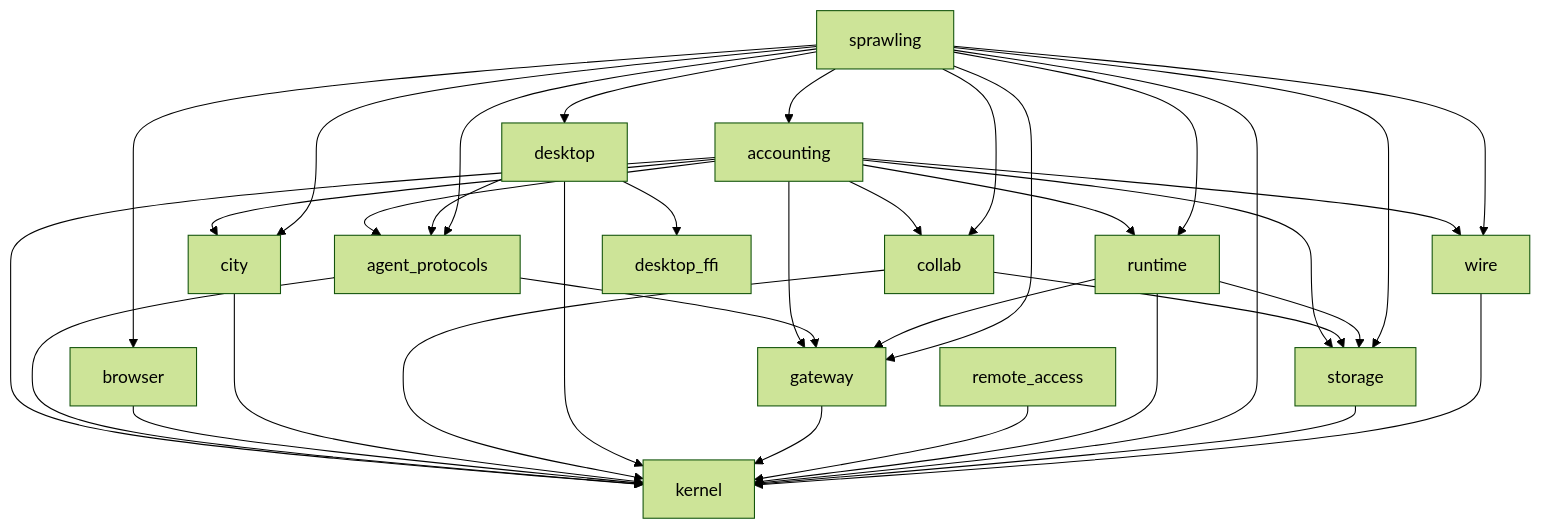
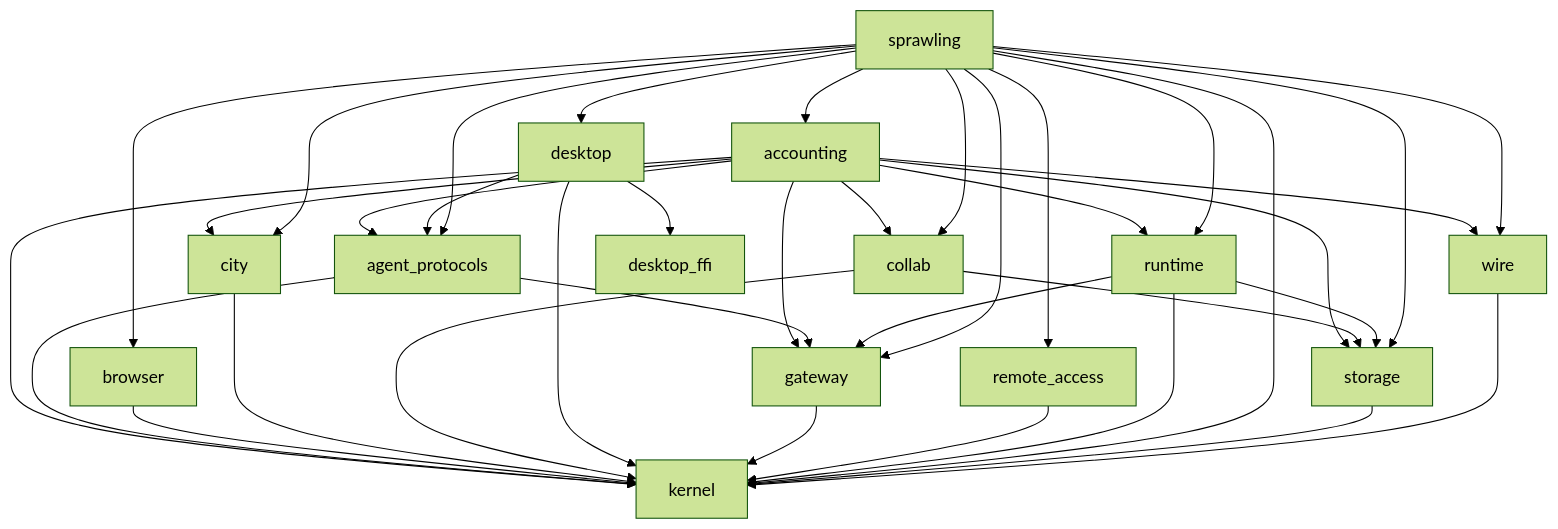
Before and after one commit to 2youg1/sprawling-agents: the first of 8 diagrams in ARCHITECTURE.md, drawn with Mermaid (forest theme). The commit also changed other lines of this file and 5 other files, not shown here.

````diff
--- a/ARCHITECTURE.md
+++ b/ARCHITECTURE.md
@@ -879,40 +880,41 @@
 ```mermaid
 flowchart TD
     accounting --> agent_protocols
     accounting --> city
     accounting --> collab
     accounting --> gateway
     accounting --> kernel
     accounting --> runtime
     accounting --> storage
     accounting --> wire
     agent_protocols --> gateway
     agent_protocols --> kernel
     browser --> kernel
     city --> kernel
     collab --> kernel
     collab --> storage
     desktop --> agent_protocols
     desktop --> desktop_ffi
     desktop --> kernel
     desktop_ffi
     gateway --> kernel
     kernel
     remote_access --> kernel
     runtime --> gateway
     runtime --> kernel
     runtime --> storage
     sprawling --> accounting
     sprawling --> agent_protocols
     sprawling --> browser
     sprawling --> city
     sprawling --> collab
     sprawling --> desktop
     sprawling --> gateway
     sprawling --> kernel
+    sprawling --> remote_access
     sprawling --> runtime
     sprawling --> storage
     sprawling --> wire
     storage --> kernel
     wire --> kernel
 ```
````
